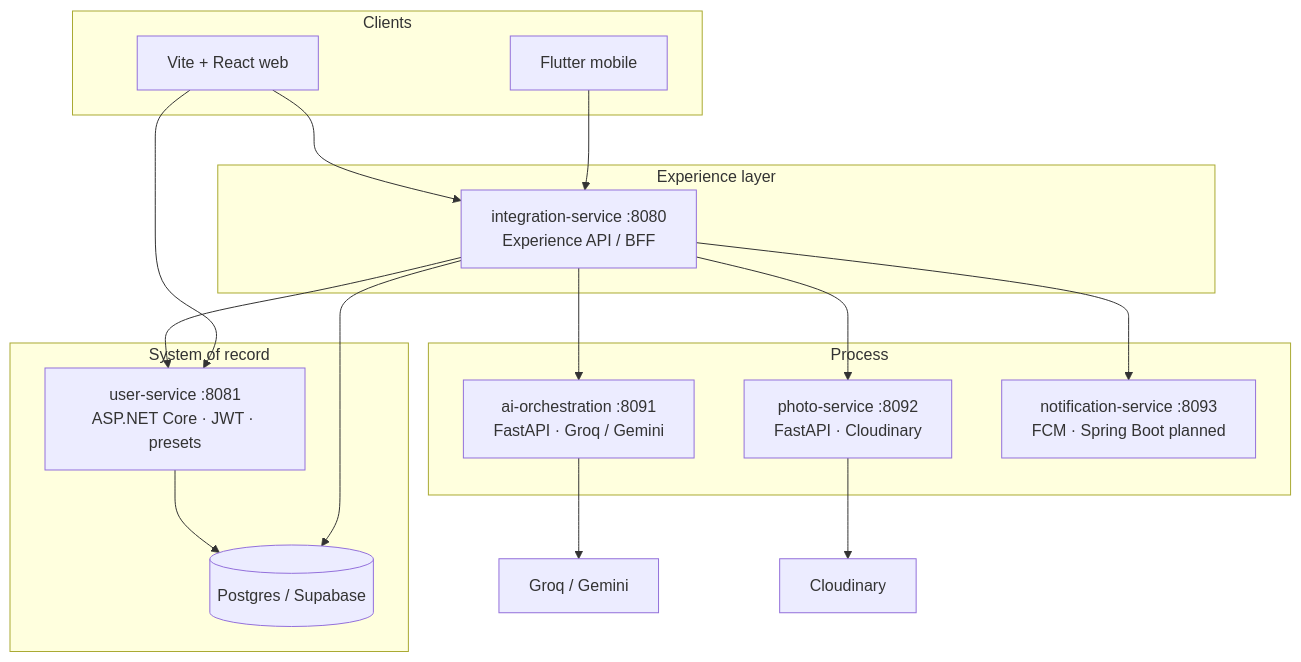
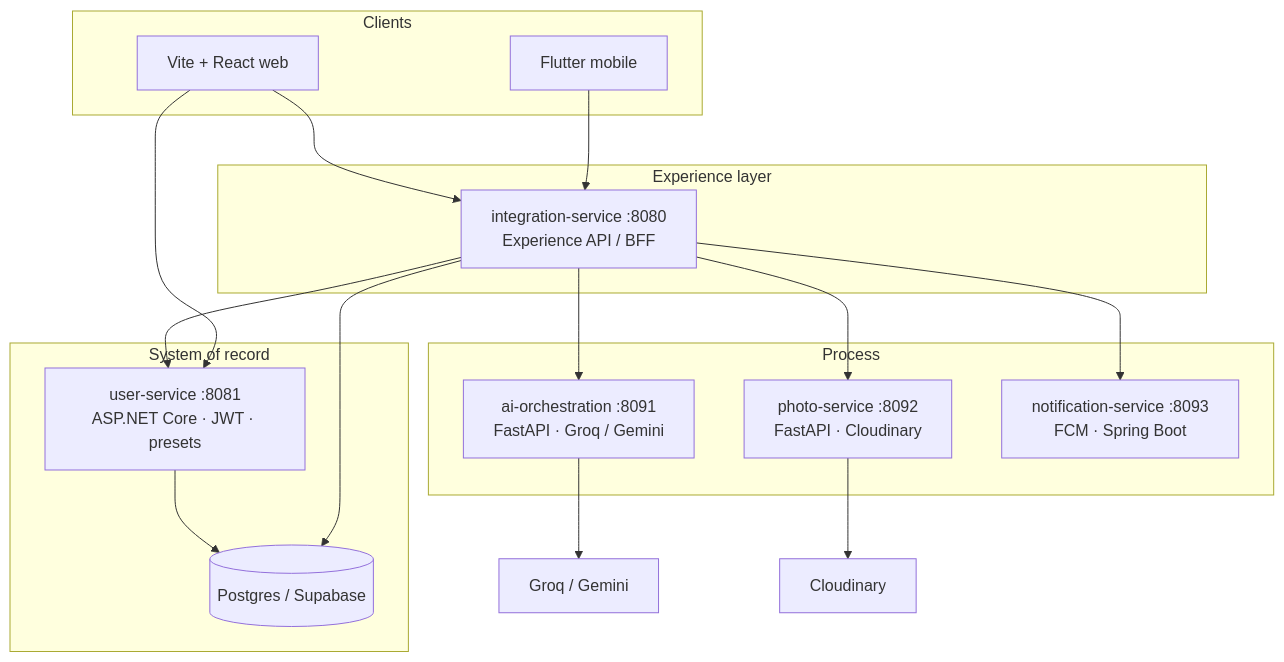
One commit to sharebridge/sharebridge changed the diagram in design/SharingBridge_Technical_Architecture.md. Above: the diagram before and after it, drawn with Mermaid. The commit also changed other lines of this file and 8 other files, not shown here.

First line of the commit message:
Docs: notification-service is Spring-only; Node MVP removed.

````diff
--- a/design/SharingBridge_Technical_Architecture.md
+++ b/design/SharingBridge_Technical_Architecture.md
@@ -28,34 +28,34 @@
 ```mermaid
 flowchart TB
   subgraph clients["Clients"]
     M[Flutter mobile]
     W[Vite + React web]
   end
 
   subgraph experience["Experience layer"]
     INT["integration-service :8080\nExperience API / BFF"]
   end
 
   subgraph process["Process"]
     AI["ai-orchestration :8091\nFastAPI · Groq / Gemini"]
     PHO["photo-service :8092\nFastAPI · Cloudinary"]
-    NOT["notification-service :8093\nFCM · Spring Boot planned"]
+    NOT["notification-service :8093\nFCM · Spring Boot"]
   end
 
   subgraph system["System of record"]
     USR["user-service :8081\nASP.NET Core · JWT · presets"]
     PG[(Postgres / Supabase)]
   end
 
   M --> INT
   W --> INT
   W --> USR
   INT --> USR
   INT --> AI
   INT --> PG
   INT --> NOT
   INT --> PHO
   AI --> EXT["Groq / Gemini"]
   USR --> PG
   PHO --> CLOUD["Cloudinary"]
 ```
````
